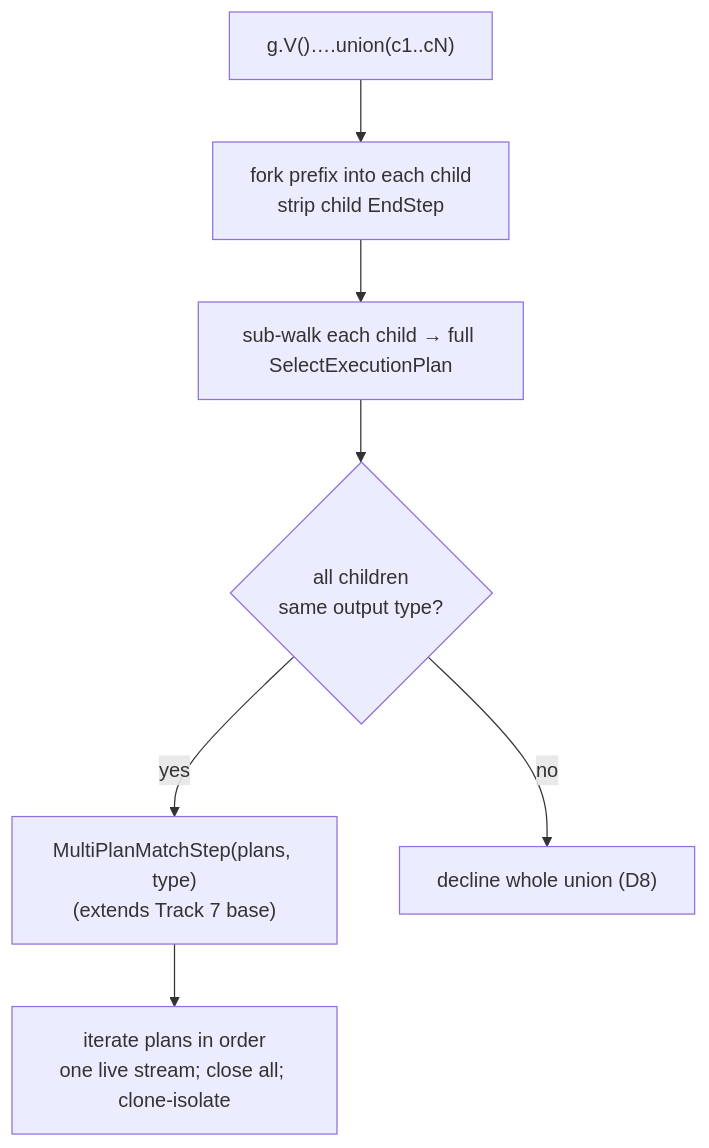
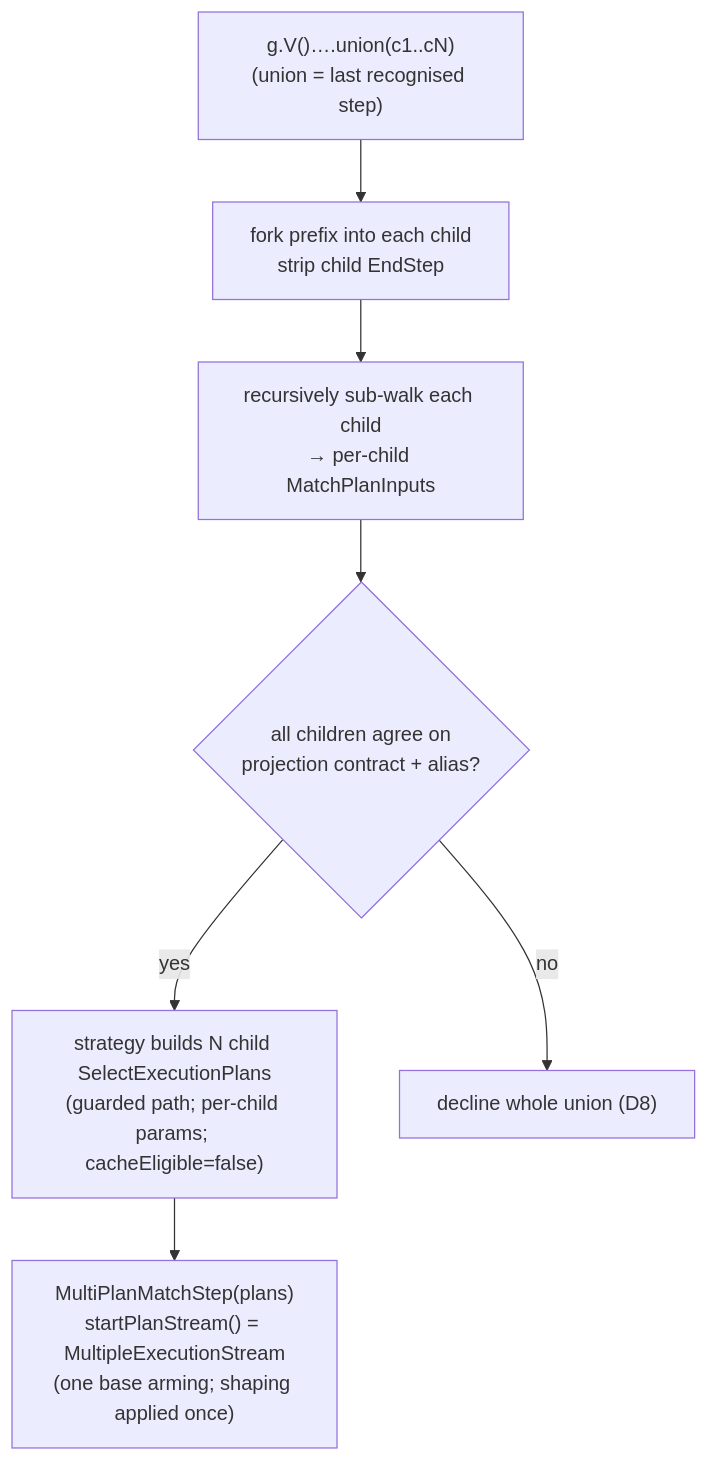
The diagram in docs/adr/gremlin-to-match-translator-design/_workflow/plan/track-8.md (JetBrains/youtrackdb), drawn with Mermaid before and after one commit. The commit also changed other lines of this file and 7 other files, not shown here.

````diff
--- a/docs/adr/gremlin-to-match-translator-design/_workflow/plan/track-8.md
+++ b/docs/adr/gremlin-to-match-translator-design/_workflow/plan/track-8.md
@@ -40,9 +60,9 @@
 ```mermaid
 flowchart TB
-    U["g.V()….union(c1..cN)"] --> Fork["fork prefix into each child\nstrip child EndStep"]
-    Fork --> Child["sub-walk each child → full SelectExecutionPlan"]
-    Child --> Chk{"all children\nsame output type?"}
-    Chk -- yes --> Multi["MultiPlanMatchStep(plans, type)\n(extends Track 7 base)"]
+    U["g.V()….union(c1..cN)\n(union = last recognised step)"] --> Fork["fork prefix into each child\nstrip child EndStep"]
+    Fork --> Child["recursively sub-walk each child\n→ per-child MatchPlanInputs"]
+    Child --> Chk{"all children agree on\nprojection contract + alias?"}
+    Chk -- yes --> Build["strategy builds N child SelectExecutionPlans\n(guarded path; per-child params; cacheEligible=false)"]
+    Build --> Multi["MultiPlanMatchStep(plans)\nstartPlanStream() = MultipleExecutionStream\n(one base arming; shaping applied once)"]
     Chk -- no --> Decline["decline whole union (D8)"]
-    Multi --> Iter["iterate plans in order\none live stream; close all; clone-isolate"]
 ```
````
